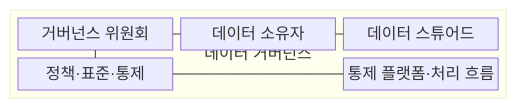
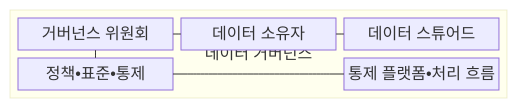
One commit to agnusdei1207/knowledge-base changed the first of 2 diagrams in src/content/docs/notes/03-software/135_data_governance.md. Above: the diagram before and after it, drawn with Mermaid. The commit also changed other lines of this file and 953 other files, not shown here.

````diff
--- a/src/content/docs/notes/03-software/135_data_governance.md
+++ b/src/content/docs/notes/03-software/135_data_governance.md
@@ -69,17 +69,17 @@
 ```mermaid
 block
     columns 1
     block:GOV["데이터 거버넌스"]
         columns 3
         A["거버넌스 위원회"]
         B["데이터 소유자"]
         C["데이터 스튜어드"]
-        D["정책·표준·통제"]
+        D["정책•표준•통제"]
         space
-        E["통제 플랫폼·처리 흐름"]
+        E["통제 플랫폼•처리 흐름"]
     end
     A --- B
     B --- C
     A --- D
     D --- E
 ```
````
